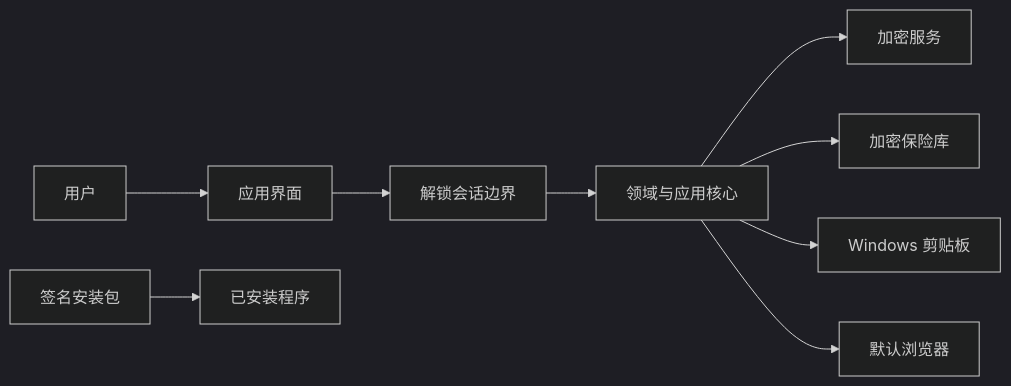
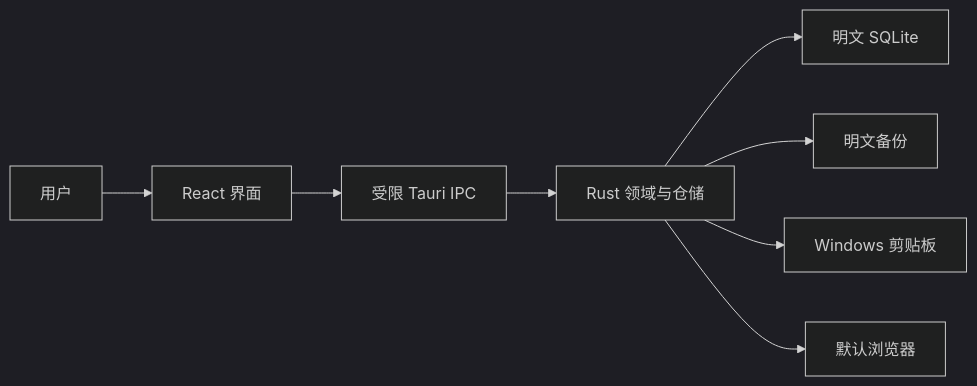
One commit to AnkoFan/web-password-manager changed the diagram in docs/04-security/SECURITY_MODEL.md. Above: the diagram before and after it, drawn with Mermaid (dark theme). The commit also changed other lines of this file and 49 other files, not shown here.

````diff
--- a/docs/04-security/SECURITY_MODEL.md
+++ b/docs/04-security/SECURITY_MODEL.md
@@ -63,11 +33,10 @@
 ```mermaid
 flowchart LR
-    USER["用户"] --> UI["应用界面"]
-    UI --> SESSION["解锁会话边界"]
-    SESSION --> CORE["领域与应用核心"]
-    CORE --> CRYPTO["加密服务"]
-    CORE --> STORE["加密保险库"]
+    USER["用户"] --> UI["React 界面"]
+    UI --> IPC["受限 Tauri IPC"]
+    IPC --> CORE["Rust 领域与仓储"]
+    CORE --> DB["明文 SQLite"]
+    CORE --> BACKUP["明文备份"]
     CORE --> CLIP["Windows 剪贴板"]
     CORE --> BROWSER["默认浏览器"]
-    INSTALLER["签名安装包"] --> APP["已安装程序"]
 ```
````
